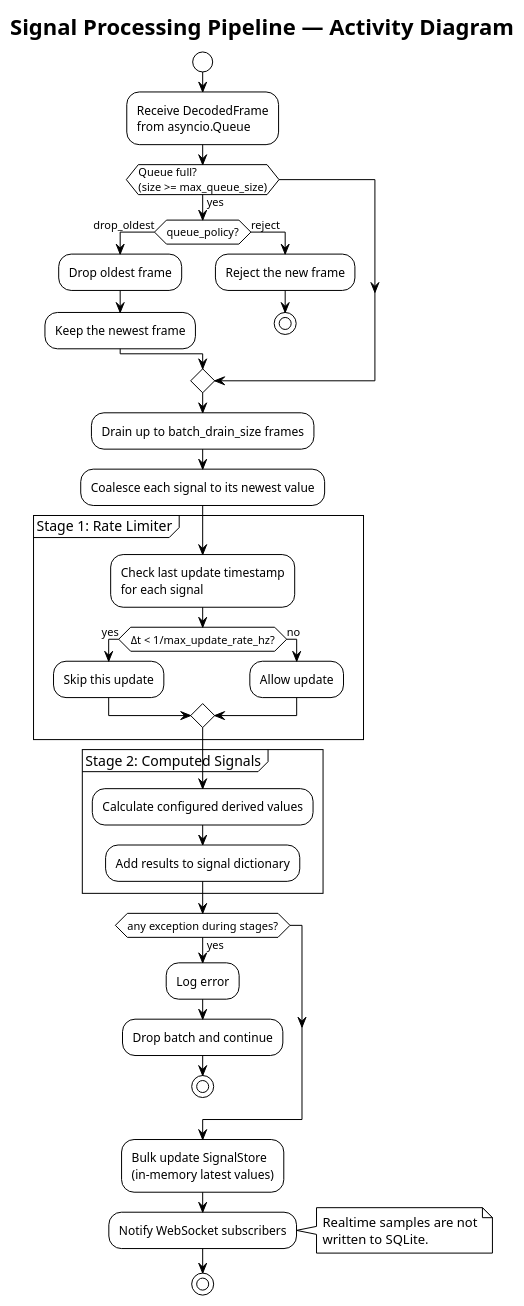
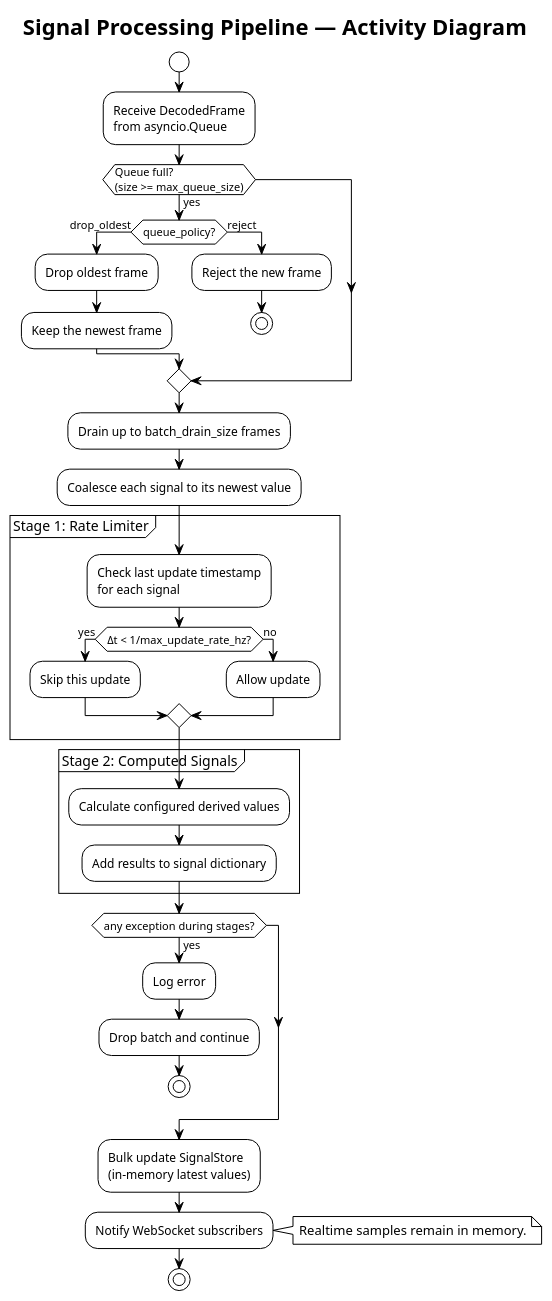
One commit to 3tdn/car-hmi changed the diagram in diagram/08_activity_pipeline.puml. Above: the diagram before and after it, drawn with PlantUML. The commit also changed 75 other files, not shown here.

```diff
--- a/diagram/08_activity_pipeline.puml
+++ b/diagram/08_activity_pipeline.puml
@@ -1,52 +1,51 @@
 @startuml Activity - Signal Processing Pipeline
 !theme plain
 title Signal Processing Pipeline — Activity Diagram
 
 start
 
 :Receive DecodedFrame\nfrom asyncio.Queue;
 
 if (Queue full?\n(size >= max_queue_size)) then (yes)
     if (queue_policy?) then (drop_oldest)
         :Drop oldest frame;
         :Keep the newest frame;
     else (reject)
         :Reject the new frame;
         stop
     endif
 endif
 
 :Drain up to batch_drain_size frames;
 :Coalesce each signal to its newest value;
 
 partition "Stage 1: Rate Limiter" {
     :Check last update timestamp\nfor each signal;
     if (Δt < 1/max_update_rate_hz?) then (yes)
         :Skip this update;
     else (no)
         :Allow update;
     endif
 }
 
 partition "Stage 2: Computed Signals" {
     :Calculate configured derived values;
     :Add results to signal dictionary;
 }
 
 if (any exception during stages?) then (yes)
     :Log error;
     :Drop batch and continue;
     stop
 endif
 
 :Bulk update SignalStore\n(in-memory latest values);
 :Notify WebSocket subscribers;
 
 note right
-  Realtime samples are not
-  written to SQLite.
+  Realtime samples remain in memory.
 end note
 
 stop
 
 @enduml
```
